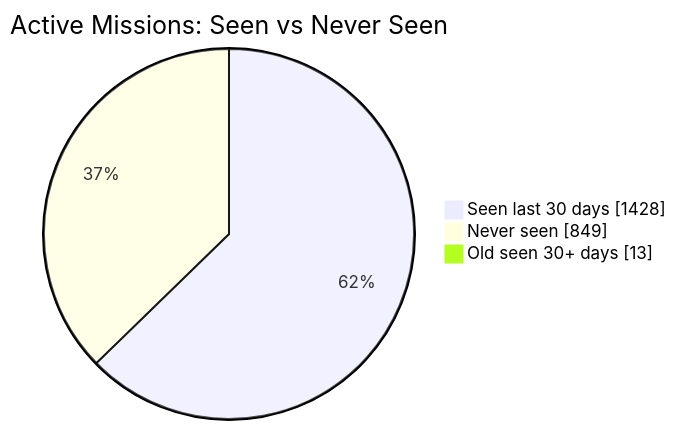
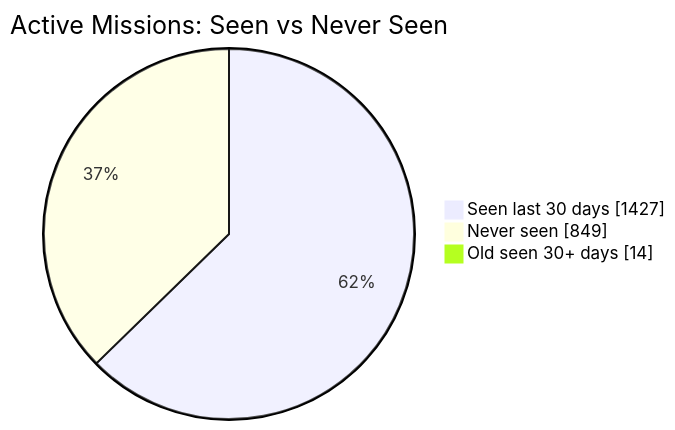
The first of 2 diagrams in README.md (MeldkamerspelGameTeam/active-missions), drawn with Mermaid before and after one commit. The commit also changed other lines of this file and 3 other files, not shown here.

````diff
--- a/README.md
+++ b/README.md
@@ -34,7 +34,7 @@
 ```mermaid
 pie showData
     title Active Missions: Seen vs Never Seen
-    "Seen last 30 days" : 1428
+    "Seen last 30 days" : 1427
     "Never seen" : 849
-    "Old seen 30+ days" : 13
+    "Old seen 30+ days" : 14
 ```
````
